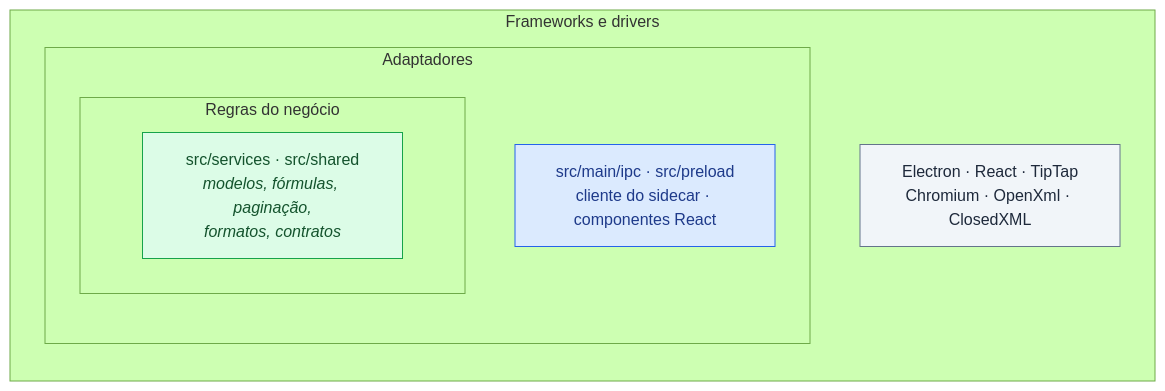
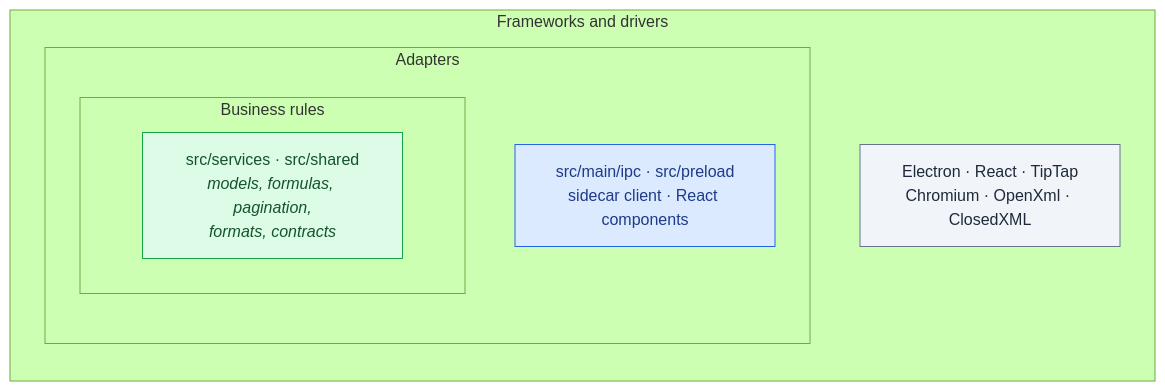
One commit to VStorch/LibreviaWorkspace changed the diagram in CONTRIBUTING.md. Above: the diagram before and after it, drawn with Mermaid (forest theme). The commit also changed other lines of this file and 2 other files, not shown here.

````diff
--- a/CONTRIBUTING.md
+++ b/CONTRIBUTING.md
@@ -124,21 +128,21 @@
 ```mermaid
 flowchart TB
-    subgraph F["Frameworks e drivers"]
+    subgraph F["Frameworks and drivers"]
         direction TB
-        subgraph A["Adaptadores"]
+        subgraph A["Adapters"]
             direction TB
-            subgraph D["Regras do negócio"]
-                SV["src/services · src/shared<br/><i>modelos, fórmulas, paginação,<br/>formatos, contratos</i>"]
+            subgraph D["Business rules"]
+                SV["src/services · src/shared<br/><i>models, formulas, pagination,<br/>formats, contracts</i>"]
             end
-            AD["src/main/ipc · src/preload<br/>cliente do sidecar · componentes React"]
+            AD["src/main/ipc · src/preload<br/>sidecar client · React components"]
         end
         FW["Electron · React · TipTap<br/>Chromium · OpenXml · ClosedXML"]
     end
 
     classDef core fill:#dcfce7,stroke:#16a34a,color:#14532d
     classDef adapter fill:#dbeafe,stroke:#2563eb,color:#1e3a8a
     classDef fw fill:#f1f5f9,stroke:#64748b,color:#1e293b
     class SV core
     class AD adapter
     class FW fw
 ```
````
